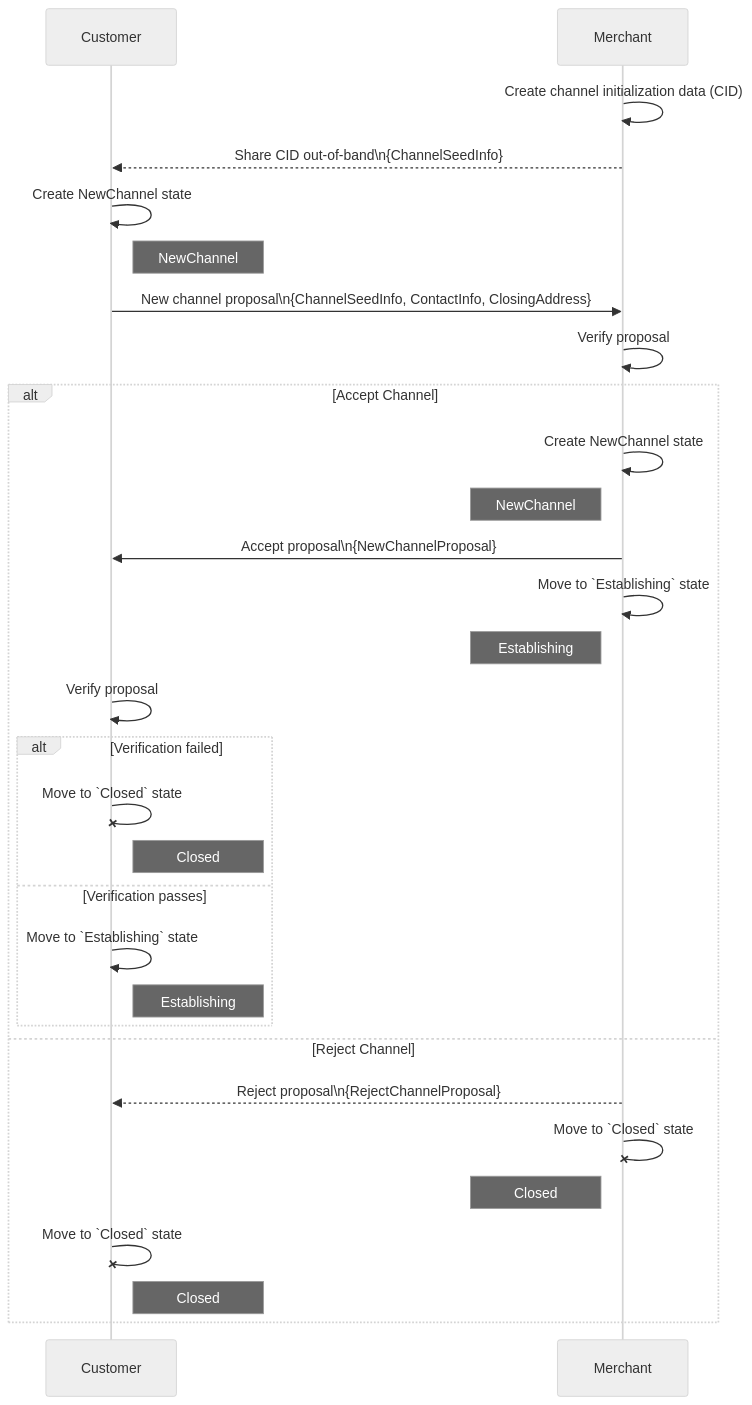
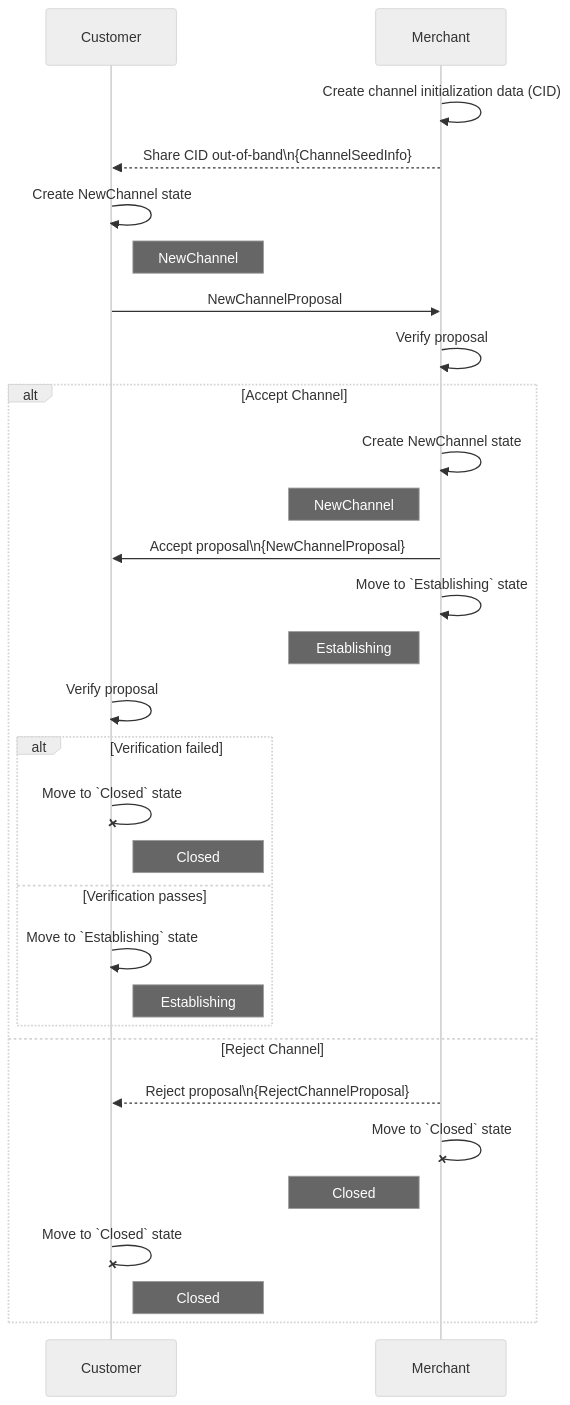
Before and after one commit to grease-xmr/grease: the diagram in docs/diagrams/new_channel_sequence.md, drawn with Mermaid (neutral theme). The commit also changed 19 other files, not shown here.

````diff
--- a/docs/diagrams/new_channel_sequence.md
+++ b/docs/diagrams/new_channel_sequence.md
@@ -1,33 +1,33 @@
 ```mermaid
 sequenceDiagram
 participant Customer
 participant Merchant
 
 Merchant->>Merchant: Create channel initialization data (CID)
 Merchant-->>Customer: Share CID out-of-band\n{ChannelSeedInfo}
 Customer->>Customer: Create NewChannel state
 note right of Customer: NewChannel
-Customer->>Merchant: New channel proposal\n{ChannelSeedInfo, ContactInfo, ClosingAddress}
+Customer->>Merchant: NewChannelProposal
 Merchant->>Merchant: Verify proposal
 alt Accept Channel
     Merchant->>Merchant: Create NewChannel state
     note left of Merchant: NewChannel
     Merchant->>Customer: Accept proposal\n{NewChannelProposal}
     Merchant->>Merchant: Move to `Establishing` state
     note left of Merchant: Establishing
     Customer->>Customer: Verify proposal
     alt Verification failed
         Customer-xCustomer: Move to `Closed` state
         note right of Customer: Closed
     else Verification passes
         Customer->>Customer: Move to `Establishing` state
         note right of Customer: Establishing
     end
 else Reject Channel
     Merchant-->>Customer: Reject proposal\n{RejectChannelProposal}
     Merchant-xMerchant: Move to `Closed` state
     note left of Merchant: Closed
     Customer-xCustomer: Move to `Closed` state
     note right of Customer: Closed
 end
 ```
````
